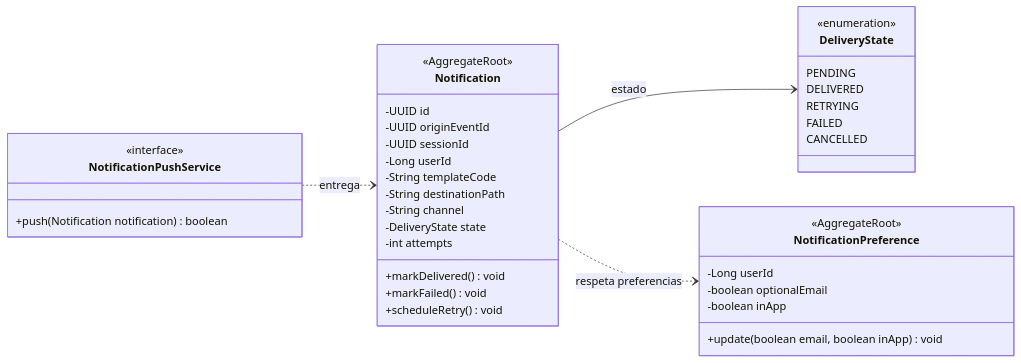
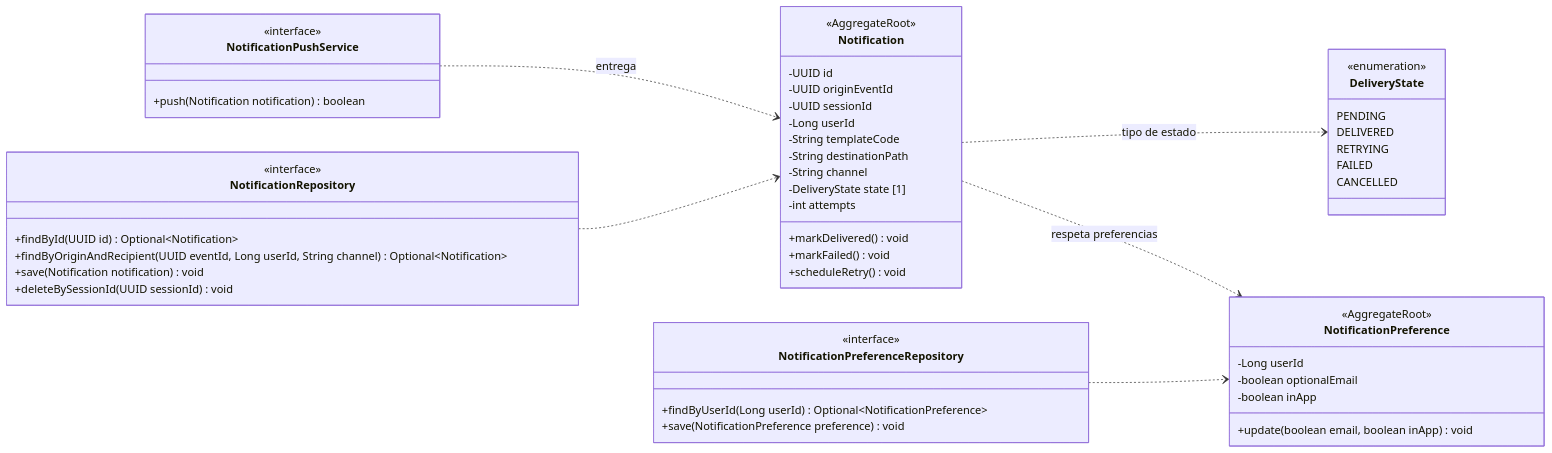
The diagram in assets/diagrams/tactical/10-notifications-classes.mmd (upc-pre-202620-si728-16365-thropic/talki-project-report), drawn with Mermaid before and after one commit. The commit also changed 33 other files, not shown here.

Commit message:
docs: clarify domain repository contracts and UML multiplicities

```diff
--- a/assets/diagrams/tactical/10-notifications-classes.mmd
+++ b/assets/diagrams/tactical/10-notifications-classes.mmd
@@ -1,39 +1,55 @@
 classDiagram
  direction LR
 class Notification {
   <<AggregateRoot>>
   -UUID id
   -UUID originEventId
   -UUID sessionId
   -Long userId
   -String templateCode
   -String destinationPath
   -String channel
-  -DeliveryState state
+  -DeliveryState state [1]
   -int attempts
   +markDelivered() void
   +markFailed() void
   +scheduleRetry() void
 }
 class DeliveryState {
   <<enumeration>>
   PENDING
   DELIVERED
   RETRYING
   FAILED
   CANCELLED
 }
 class NotificationPreference {
   <<AggregateRoot>>
   -Long userId
   -boolean optionalEmail
   -boolean inApp
   +update(boolean email, boolean inApp) void
 }
 class NotificationPushService {
   <<interface>>
   +push(Notification notification) boolean
 }
-Notification --> DeliveryState : estado
+Notification ..> DeliveryState : tipo de estado
 NotificationPushService ..> Notification : entrega
 Notification ..> NotificationPreference : respeta preferencias
+
+class NotificationRepository {
+  <<interface>>
+  +findById(UUID id) Optional~Notification~
+  +findByOriginAndRecipient(UUID eventId, Long userId, String channel) Optional~Notification~
+  +save(Notification notification) void
+  +deleteBySessionId(UUID sessionId) void
+}
+NotificationRepository ..> Notification
+
+class NotificationPreferenceRepository {
+  <<interface>>
+  +findByUserId(Long userId) Optional~NotificationPreference~
+  +save(NotificationPreference preference) void
+}
+NotificationPreferenceRepository ..> NotificationPreference
```
